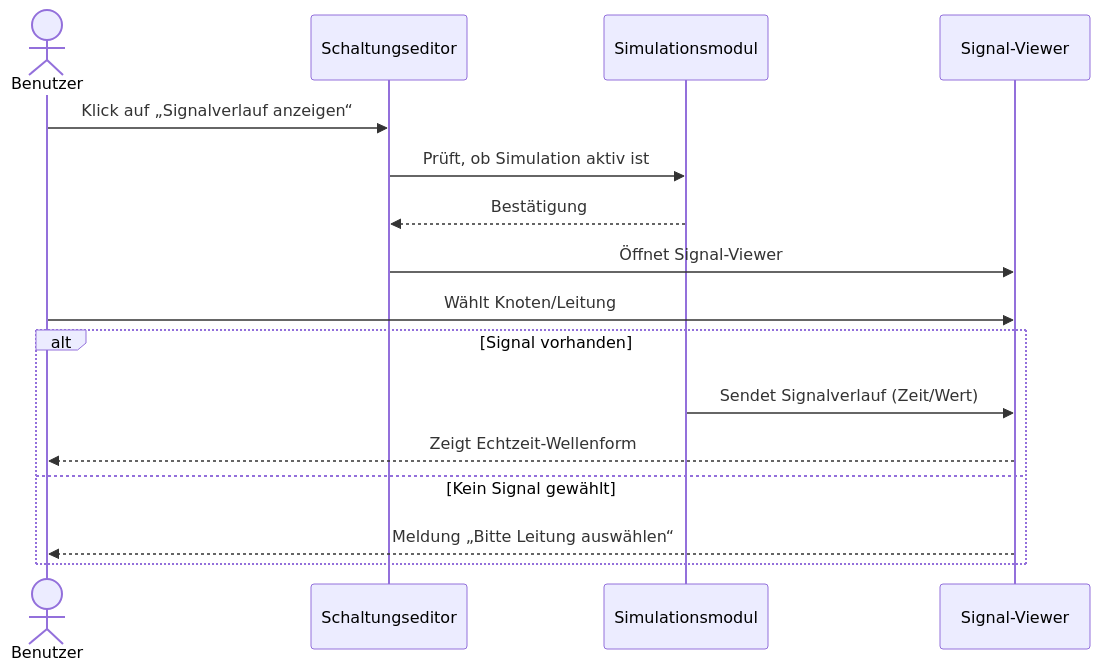
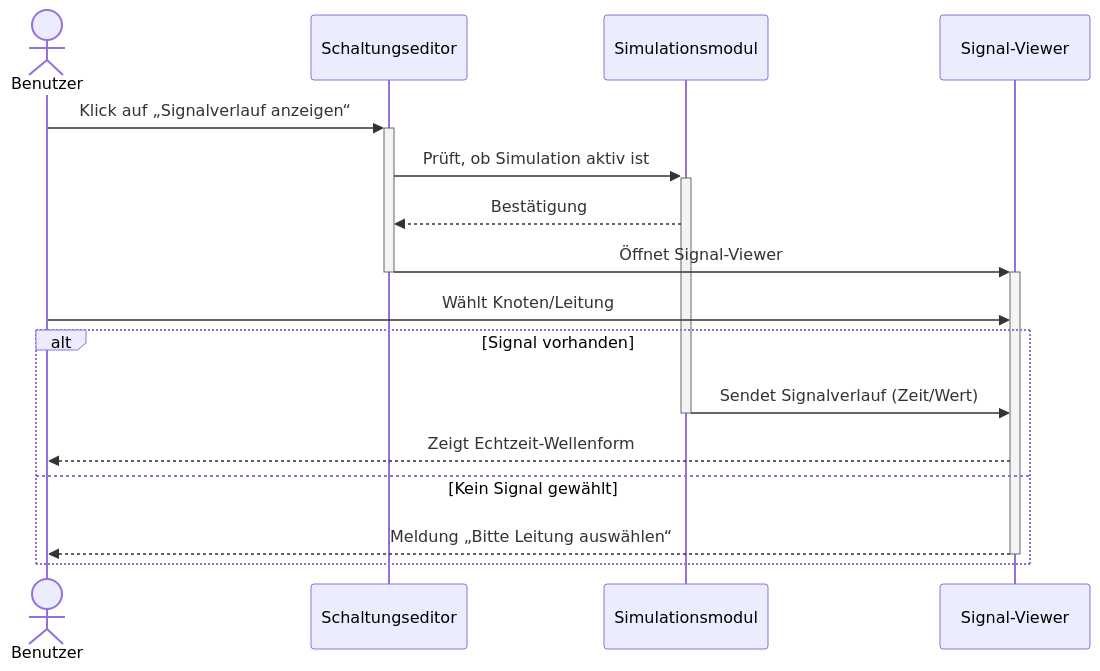
The seventh of 22 diagrams in docs/use_cases/software_requirements_specification.md (SimonJ2222/BitFlow), drawn with Mermaid before and after one commit. The commit also changed other lines of this file, not shown here.

Commit message:
Added activations and deactivations to all Sequence Diagrams

````diff
--- a/docs/use_cases/software_requirements_specification.md
+++ b/docs/use_cases/software_requirements_specification.md
@@ -356,20 +360,22 @@
 ```mermaid
 sequenceDiagram
     actor Benutzer
     participant UI as Schaltungseditor
     participant Simulation as Simulationsmodul
     participant Viewer as Signal-Viewer
 
-    Benutzer ->> UI: Klick auf „Signalverlauf anzeigen“
-    UI ->> Simulation: Prüft, ob Simulation aktiv ist
+    Benutzer ->>+ UI: Klick auf „Signalverlauf anzeigen“
+    UI ->>+ Simulation: Prüft, ob Simulation aktiv ist
     Simulation -->> UI: Bestätigung
-    UI ->> Viewer: Öffnet Signal-Viewer
+    UI ->>+ Viewer: Öffnet Signal-Viewer
+    deactivate UI
     Benutzer ->> Viewer: Wählt Knoten/Leitung
     alt Signal vorhanden
         Simulation ->> Viewer: Sendet Signalverlauf (Zeit/Wert)
+        deactivate Simulation
         Viewer -->> Benutzer: Zeigt Echtzeit-Wellenform
     else Kein Signal gewählt
-        Viewer -->> Benutzer: Meldung „Bitte Leitung auswählen“
+        Viewer -->>- Benutzer: Meldung „Bitte Leitung auswählen“
     end
 
 ```
````
